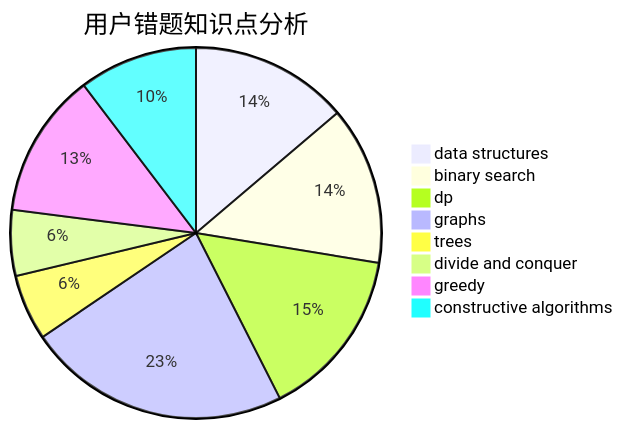
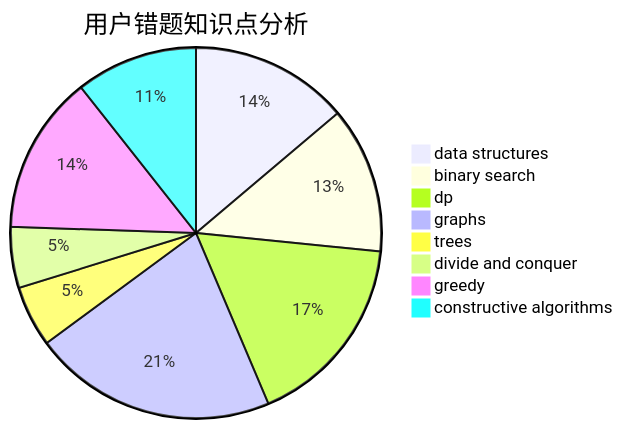
The third of 3 diagrams in docs/user/u1703.md (sherpahu/cfrs.github.io), drawn with Mermaid before and after one commit. The commit also changed other lines of this file and 2770 other files, not shown here.

````diff
--- a/docs/user/u1703.md
+++ b/docs/user/u1703.md
@@ -36,11 +36,11 @@
 ```mermaid
 pie title 用户错题知识点分析
-    "data structures" :  12
+    "data structures" :  13
     "binary search" :  12
-    "dp" :  13
+    "dp" :  16
     "graphs" :  20
     "trees" :  5
     "divide and conquer" :  5
-    "greedy" :  11
-    "constructive algorithms" :  9
+    "greedy" :  13
+    "constructive algorithms" :  10
 ```
````
